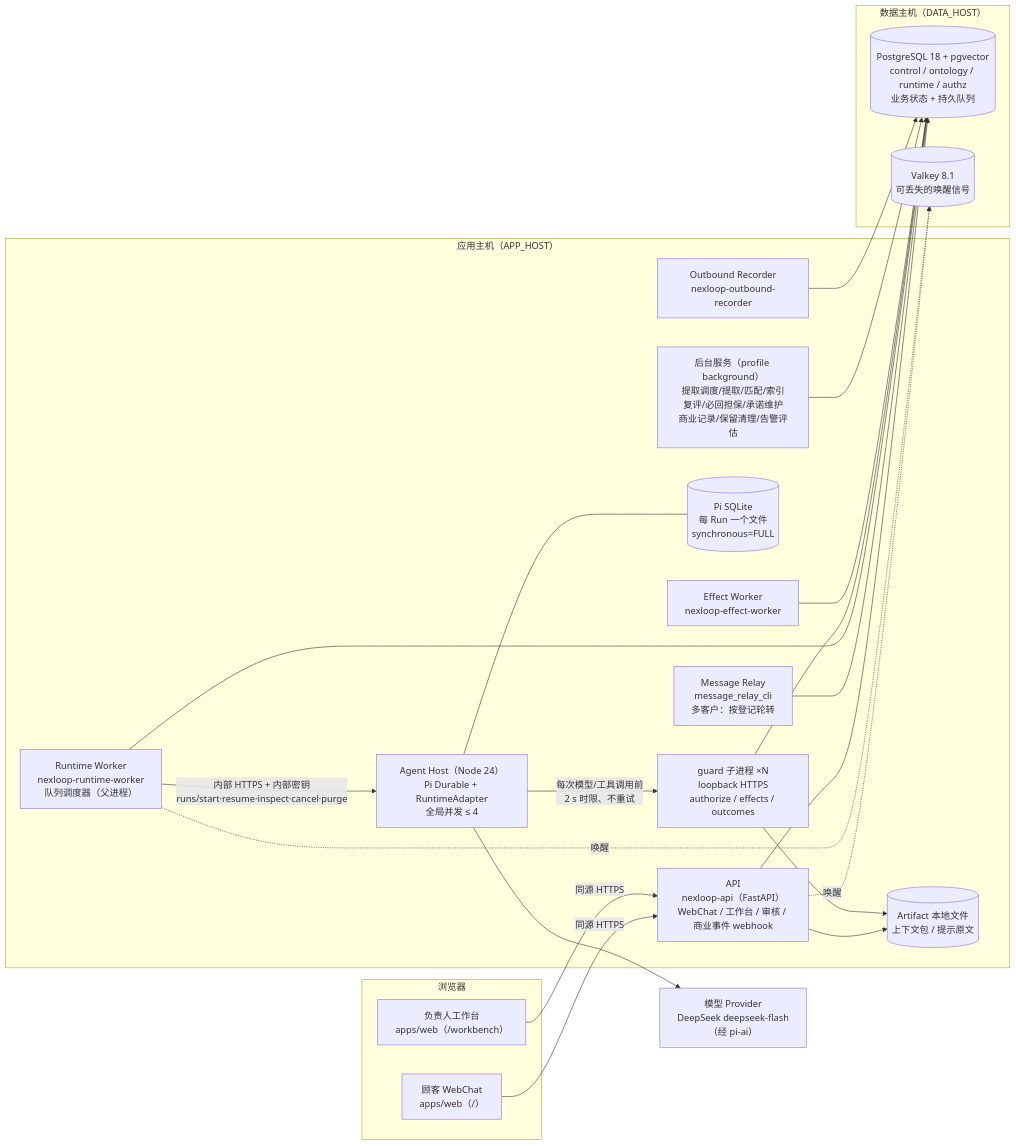
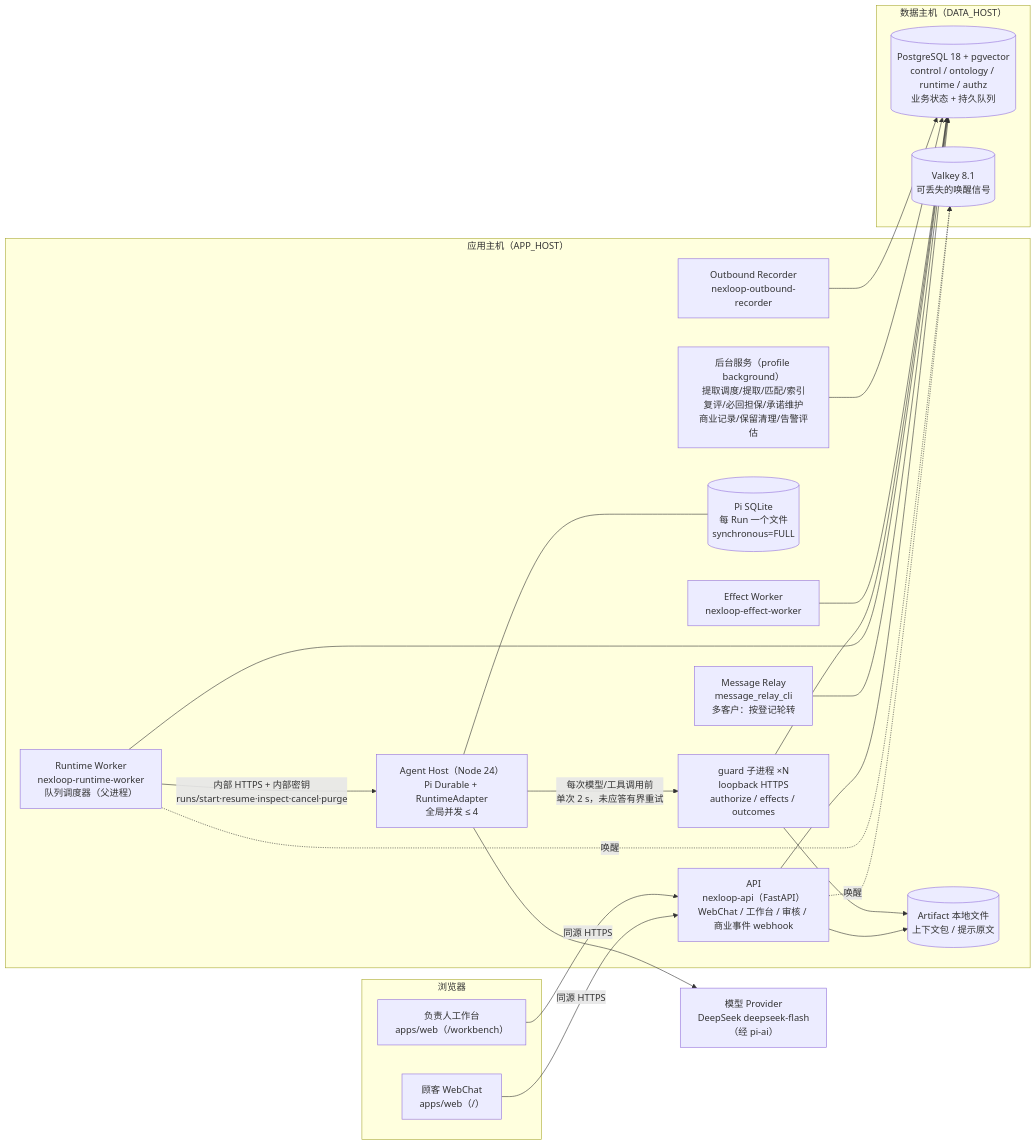
The fifth of 9 diagrams in docs/ARCHITECTURE.md (cenbonew/NexLoop), drawn with Mermaid before and after one commit. The commit also changed other lines of this file and 3 other files, not shown here.

````diff
--- a/docs/ARCHITECTURE.md
+++ b/docs/ARCHITECTURE.md
@@ -200,44 +200,44 @@
 ```mermaid
 flowchart LR
     subgraph Browser["浏览器"]
         WC["顾客 WebChat<br/>apps/web（/）"]
         WB["负责人工作台<br/>apps/web（/workbench）"]
     end
 
     subgraph App["应用主机（APP_HOST）"]
         API["API<br/>nexloop-api（FastAPI）<br/>WebChat / 工作台 / 审核 / 商业事件 webhook"]
         RW["Runtime Worker<br/>nexloop-runtime-worker<br/>队列调度器（父进程）"]
         G["guard 子进程 ×N<br/>loopback HTTPS<br/>authorize / effects / outcomes"]
         HOST["Agent Host（Node 24）<br/>Pi Durable + RuntimeAdapter<br/>全局并发 ≤ 4"]
         SQLITE[("Pi SQLite<br/>每 Run 一个文件<br/>synchronous=FULL")]
         EW["Effect Worker<br/>nexloop-effect-worker"]
         REL["Message Relay<br/>message_relay_cli<br/>多客户：按登记轮转"]
         BG["后台服务（profile background）<br/>提取调度/提取/匹配/索引<br/>复评/必回担保/承诺维护<br/>商业记录/保留清理/告警评估"]
         OR["Outbound Recorder<br/>nexloop-outbound-recorder"]
         ART[("Artifact 本地文件<br/>上下文包 / 提示原文")]
     end
 
     subgraph Data["数据主机（DATA_HOST）"]
         PG[("PostgreSQL 18 + pgvector<br/>control / ontology / runtime / authz<br/>业务状态 + 持久队列")]
         VK[("Valkey 8.1<br/>可丢失的唤醒信号")]
     end
 
     MODEL["模型 Provider<br/>DeepSeek deepseek-flash<br/>（经 pi-ai）"]
 
     WC & WB -->|同源 HTTPS| API
     API --> PG
     API --> ART
     REL --> PG
     RW --> PG
     RW -->|内部 HTTPS + 内部密钥<br/>runs/start·resume·inspect·cancel·purge| HOST
-    HOST -->|每次模型/工具调用前<br/>2 s 时限、不重试| G
+    HOST -->|每次模型/工具调用前<br/>单次 2 s，未应答有界重试| G
     G --> PG
     G --> ART
     HOST --- SQLITE
     HOST --> MODEL
     EW --> PG
     BG --> PG
     OR --> PG
     API -. 唤醒 .-> VK
     RW -. 唤醒 .-> VK
 ```
````
